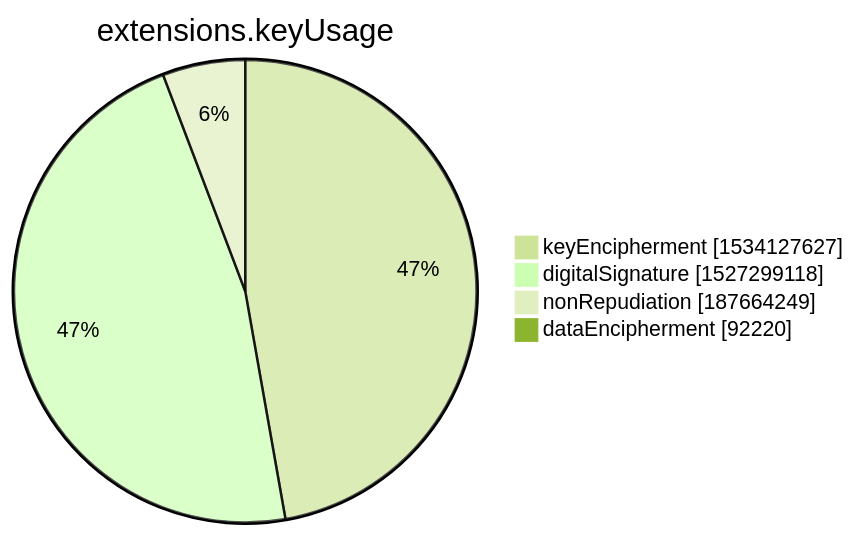
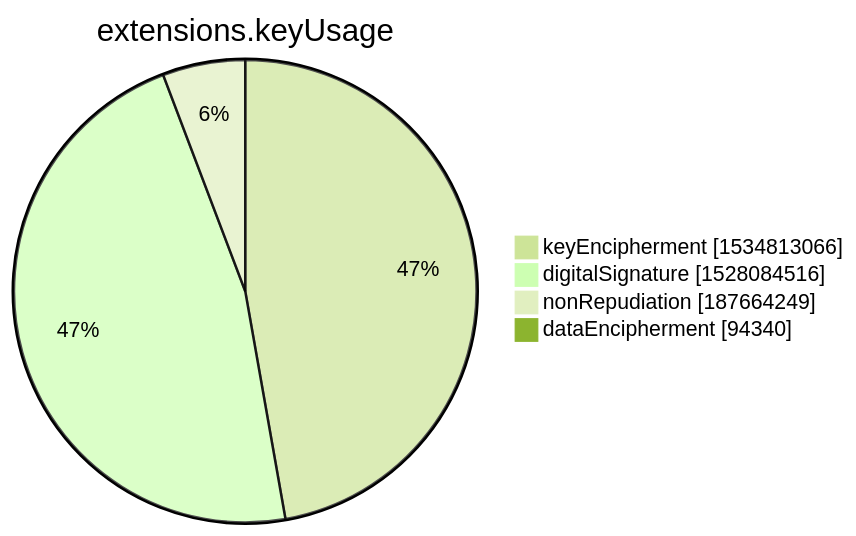
One commit to christiankrug/ctmonitor_visualization changed the seventh of 15 diagrams in xenon2022/README.md. Above: the diagram before and after it, drawn with Mermaid (forest theme). The commit also changed other lines of this file, not shown here.

````diff
--- a/xenon2022/README.md
+++ b/xenon2022/README.md
@@ -2849,8 +2849,8 @@
 ```mermaid
 pie showData
 title extensions.keyUsage
-"keyEncipherment" :1534127627
-"digitalSignature" :1527299118
+"keyEncipherment" :1534813066
+"digitalSignature" :1528084516
 "nonRepudiation" :187664249
-"dataEncipherment" :92220
+"dataEncipherment" :94340
 ```
````
